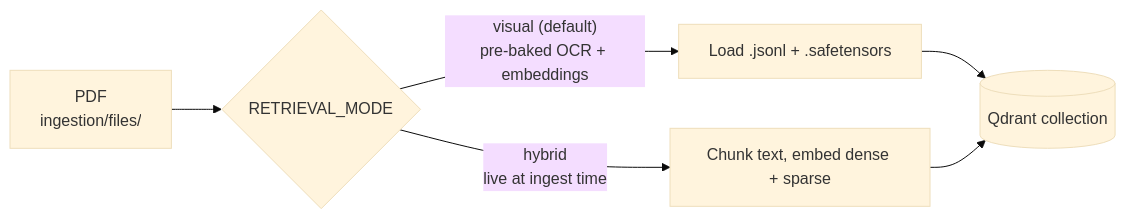
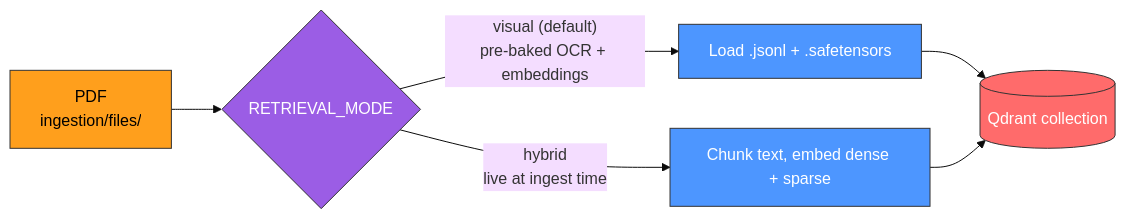
The first of 2 diagrams in README.md (yaseen9133ai/multi-agent-rag-search), drawn with Mermaid (base theme) before and after one commit. The commit also changed other lines of this file, not shown here.

````diff
--- a/README.md
+++ b/README.md
@@ -15,8 +15,17 @@
 ```mermaid
 flowchart LR
     PDF["PDF<br/>ingestion/files/"] --> MODE{RETRIEVAL_MODE}
     MODE -- "visual (default)<br/>pre-baked OCR + embeddings" --> VIS[Load .jsonl + .safetensors]
     MODE -- "hybrid<br/>live at ingest time" --> HYB[Chunk text, embed dense + sparse]
     VIS --> QD[(Qdrant collection)]
     HYB --> QD
+
+    classDef input fill:#FF9F1C,stroke:#333,stroke-width:1px,color:#000
+    classDef decision fill:#9B5DE5,stroke:#333,stroke-width:1px,color:#fff
+    classDef process fill:#4D96FF,stroke:#333,stroke-width:1px,color:#fff
+    classDef store fill:#FF6B6B,stroke:#333,stroke-width:1px,color:#fff
+    class PDF input
+    class MODE decision
+    class VIS,HYB process
+    class QD store
 ```
````
